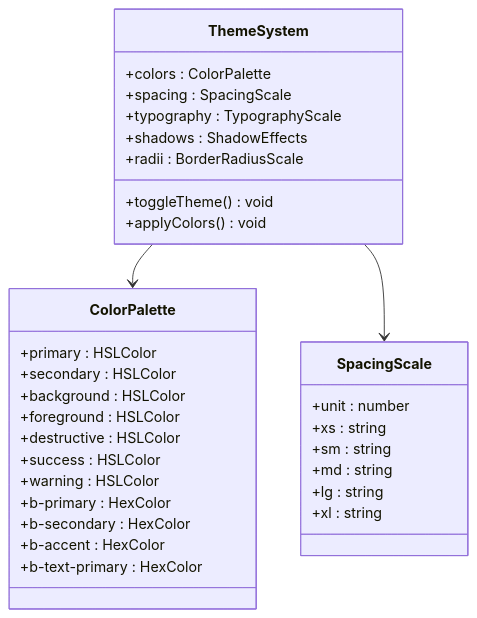
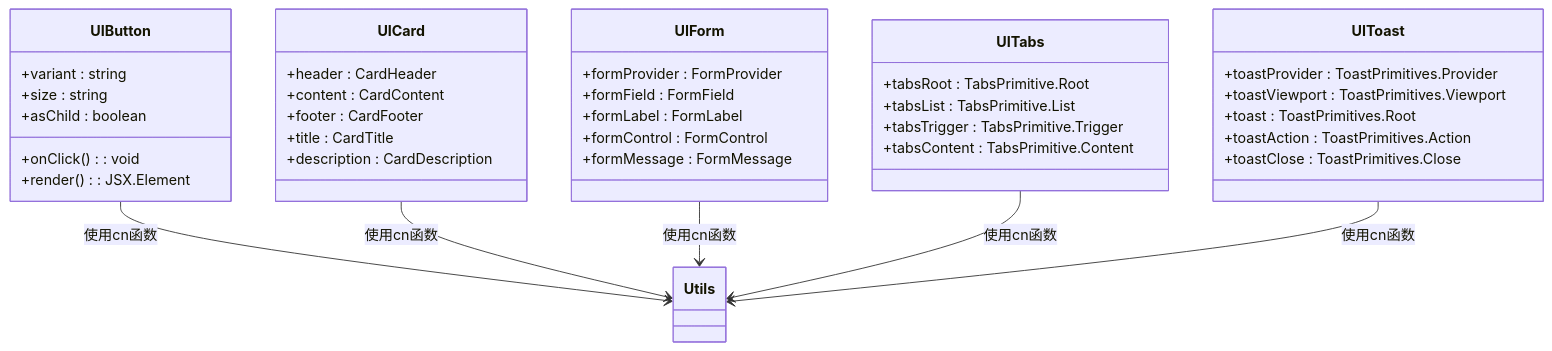
The second of 24 diagrams in .qoder/repowiki/zh/content/开发指南/UI_UX专业设计系统.md (RadiumAg/bilibili-favorites), drawn with Mermaid before and after one commit. The commit also changed other lines of this file and 21 other files, not shown here.

````diff
--- a/.qoder/repowiki/zh/content/开发指南/UI_UX专业设计系统.md
+++ b/.qoder/repowiki/zh/content/开发指南/UI_UX专业设计系统.md
@@ -108,35 +94,42 @@
 ```mermaid
 classDiagram
-class ThemeSystem {
-+colors : ColorPalette
-+spacing : SpacingScale
-+typography : TypographyScale
-+shadows : ShadowEffects
-+radii : BorderRadiusScale
-+toggleTheme() void
-+applyColors() void
+class UIButton {
++variant : string
++size : string
++asChild : boolean
++onClick() : void
++render() : JSX.Element
 }
-class ColorPalette {
-+primary : HSLColor
-+secondary : HSLColor
-+background : HSLColor
-+foreground : HSLColor
-+destructive : HSLColor
-+success : HSLColor
-+warning : HSLColor
-+b-primary : HexColor
-+b-secondary : HexColor
-+b-accent : HexColor
-+b-text-primary : HexColor
+class UICard {
++header : CardHeader
++content : CardContent
++footer : CardFooter
++title : CardTitle
++description : CardDescription
 }
-class SpacingScale {
-+unit : number
-+xs : string
-+sm : string
-+md : string
-+lg : string
-+xl : string
+class UIForm {
++formProvider : FormProvider
++formField : FormField
++formLabel : FormLabel
++formControl : FormControl
++formMessage : FormMessage
 }
-ThemeSystem --> ColorPalette
-ThemeSystem --> SpacingScale
+class UITabs {
++tabsRoot : TabsPrimitive.Root
++tabsList : TabsPrimitive.List
++tabsTrigger : TabsPrimitive.Trigger
++tabsContent : TabsPrimitive.Content
+}
+class UIToast {
++toastProvider : ToastPrimitives.Provider
++toastViewport : ToastPrimitives.Viewport
++toast : ToastPrimitives.Root
++toastAction : ToastPrimitives.Action
++toastClose : ToastPrimitives.Close
+}
+UIButton --> Utils : 使用cn函数
+UICard --> Utils : 使用cn函数
+UIForm --> Utils : 使用cn函数
+UITabs --> Utils : 使用cn函数
+UIToast --> Utils : 使用cn函数
 ```
````
